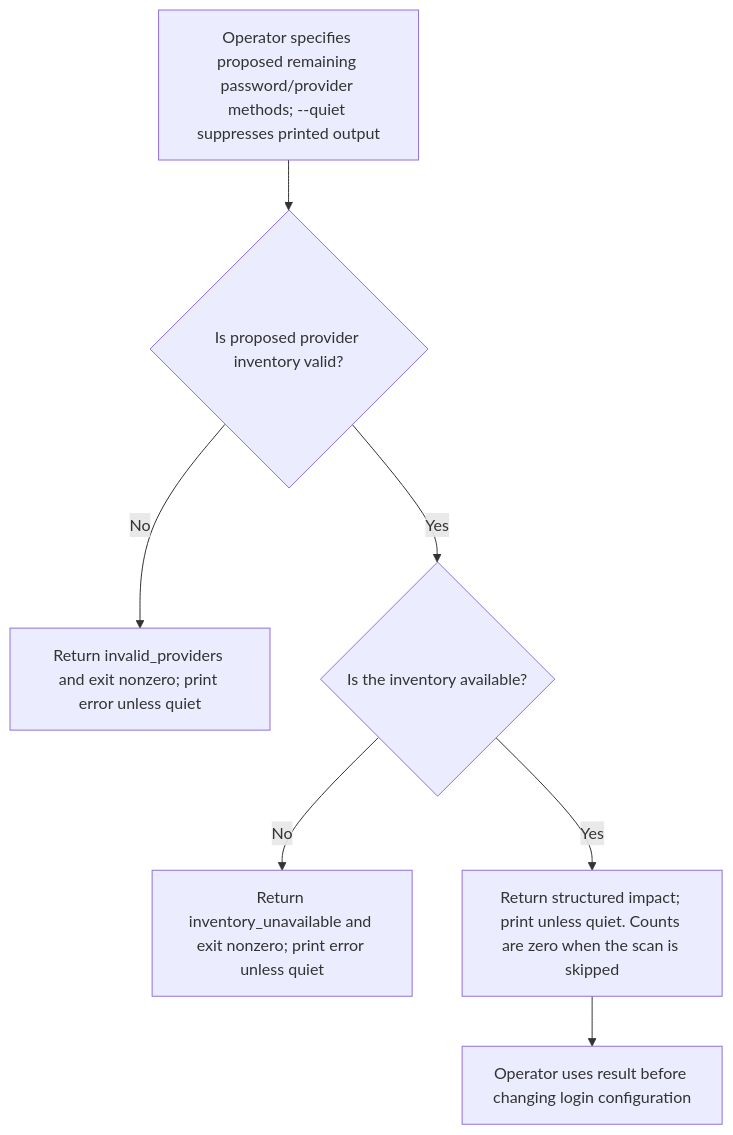
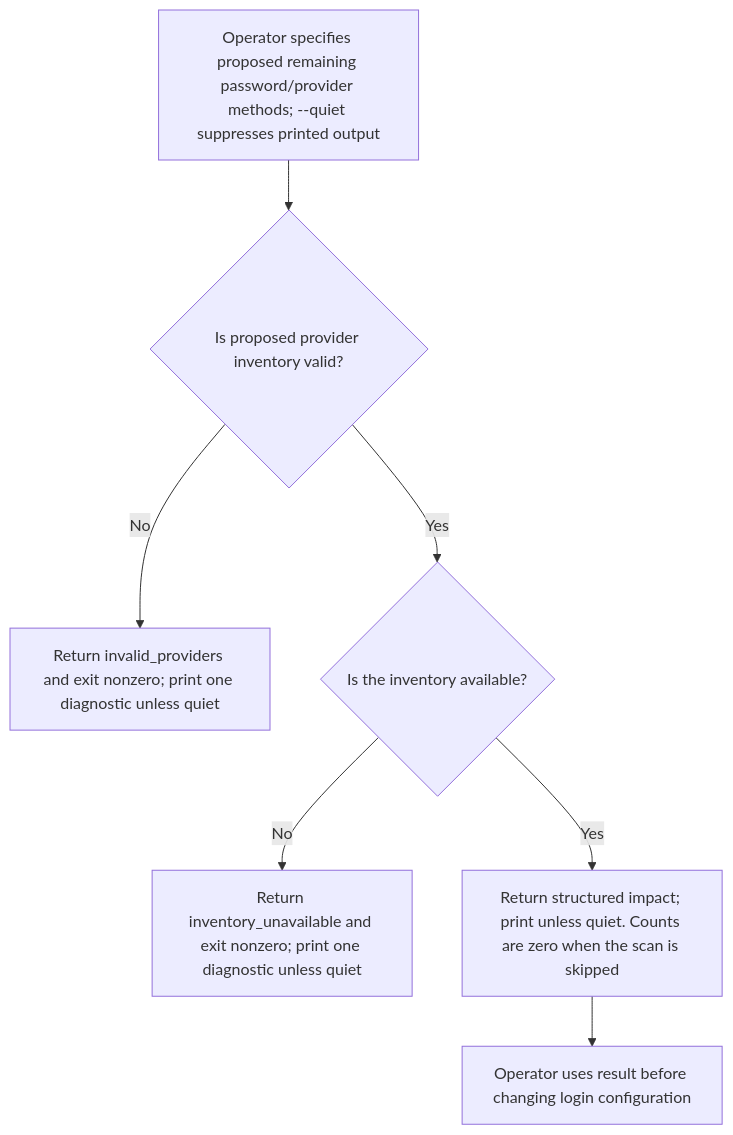
The first of 2 diagrams in user-stories/US-ACCOUNT-44-check-login-retirement-impact.md (Kevinjohn/oss-adonisjs-account-kit), drawn with Mermaid before and after one commit. The commit also changed other lines of this file and 21 other files, not shown here.

````diff
--- a/user-stories/US-ACCOUNT-44-check-login-retirement-impact.md
+++ b/user-stories/US-ACCOUNT-44-check-login-retirement-impact.md
@@ -19,9 +19,9 @@
 ```mermaid
 flowchart TD
  A["Operator specifies proposed remaining password/provider methods; --quiet suppresses printed output"] --> B{"Is proposed provider inventory valid?"}
- B -->|No| C["Return invalid_providers and exit nonzero; print error unless quiet"]
+ B -->|No| C["Return invalid_providers and exit nonzero; print one diagnostic unless quiet"]
  B -->|Yes| D{"Is the inventory available?"}
- D -->|No| H["Return inventory_unavailable and exit nonzero; print error unless quiet"]
+ D -->|No| H["Return inventory_unavailable and exit nonzero; print one diagnostic unless quiet"]
  D -->|Yes| E["Return structured impact; print unless quiet. Counts are zero when the scan is skipped"]
  E --> F["Operator uses result before changing login configuration"]
 ```
````
